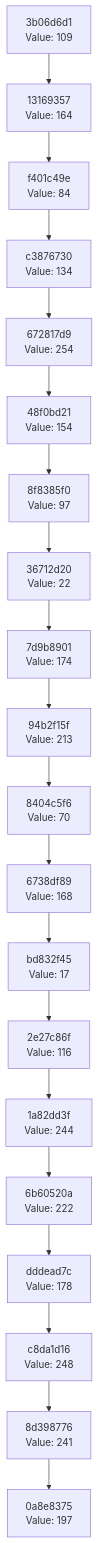
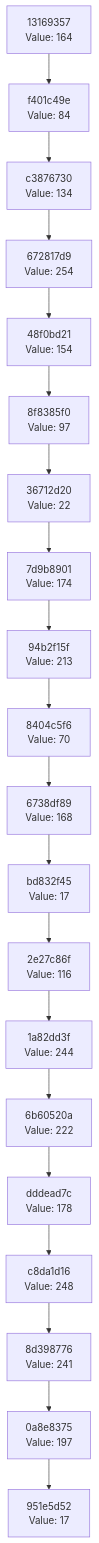
One commit to Abhisheksinha1506/hash-chain-evolver changed the diagram in docs/CHAIN_VISUALIZATION.md. Above: the diagram before and after it, drawn with Mermaid. The commit also changed 1 other file, not shown here.

Commit message:
Evolution step: hash 0x11 → action executed

````diff
--- a/docs/CHAIN_VISUALIZATION.md
+++ b/docs/CHAIN_VISUALIZATION.md
@@ -3,42 +3,42 @@
 ```mermaid
 graph TD
-    C0["0a8e8375<br/>Value: 197"]
-    C1["8d398776<br/>Value: 241"]
+    C0["951e5d52<br/>Value: 17"]
+    C1["0a8e8375<br/>Value: 197"]
     C1 --> C0
-    C2["c8da1d16<br/>Value: 248"]
+    C2["8d398776<br/>Value: 241"]
     C2 --> C1
-    C3["dddead7c<br/>Value: 178"]
+    C3["c8da1d16<br/>Value: 248"]
     C3 --> C2
-    C4["6b60520a<br/>Value: 222"]
+    C4["dddead7c<br/>Value: 178"]
     C4 --> C3
-    C5["1a82dd3f<br/>Value: 244"]
+    C5["6b60520a<br/>Value: 222"]
     C5 --> C4
-    C6["2e27c86f<br/>Value: 116"]
+    C6["1a82dd3f<br/>Value: 244"]
     C6 --> C5
-    C7["bd832f45<br/>Value: 17"]
+    C7["2e27c86f<br/>Value: 116"]
     C7 --> C6
-    C8["6738df89<br/>Value: 168"]
+    C8["bd832f45<br/>Value: 17"]
     C8 --> C7
-    C9["8404c5f6<br/>Value: 70"]
+    C9["6738df89<br/>Value: 168"]
     C9 --> C8
-    C10["94b2f15f<br/>Value: 213"]
+    C10["8404c5f6<br/>Value: 70"]
     C10 --> C9
-    C11["7d9b8901<br/>Value: 174"]
+    C11["94b2f15f<br/>Value: 213"]
     C11 --> C10
-    C12["36712d20<br/>Value: 22"]
+    C12["7d9b8901<br/>Value: 174"]
     C12 --> C11
-    C13["8f8385f0<br/>Value: 97"]
+    C13["36712d20<br/>Value: 22"]
     C13 --> C12
-    C14["48f0bd21<br/>Value: 154"]
+    C14["8f8385f0<br/>Value: 97"]
     C14 --> C13
-    C15["672817d9<br/>Value: 254"]
+    C15["48f0bd21<br/>Value: 154"]
     C15 --> C14
-    C16["c3876730<br/>Value: 134"]
+    C16["672817d9<br/>Value: 254"]
     C16 --> C15
-    C17["f401c49e<br/>Value: 84"]
+    C17["c3876730<br/>Value: 134"]
     C17 --> C16
-    C18["13169357<br/>Value: 164"]
+    C18["f401c49e<br/>Value: 84"]
     C18 --> C17
-    C19["3b06d6d1<br/>Value: 109"]
+    C19["13169357<br/>Value: 164"]
     C19 --> C18
 ```
````
